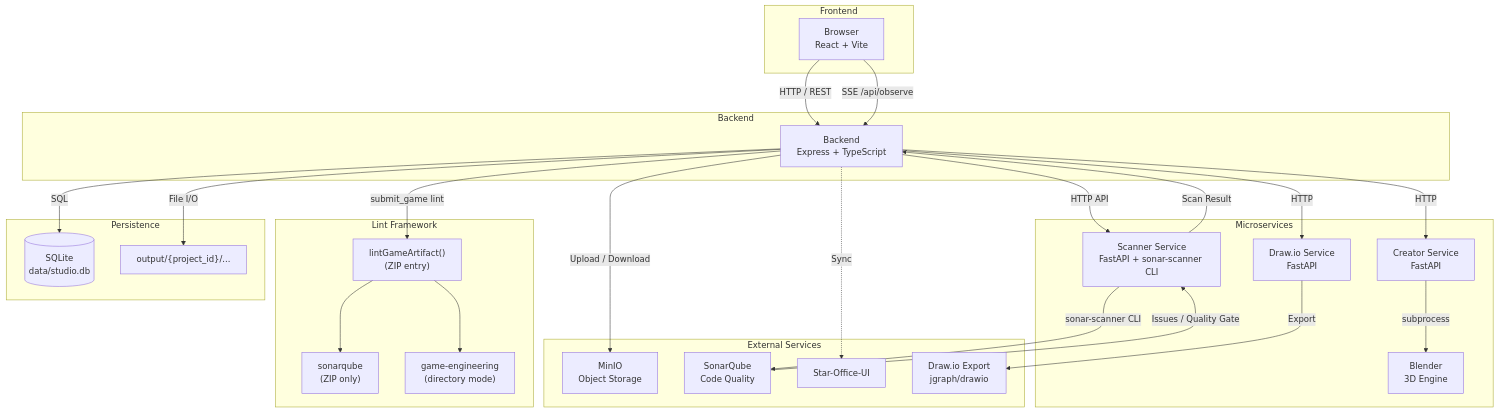
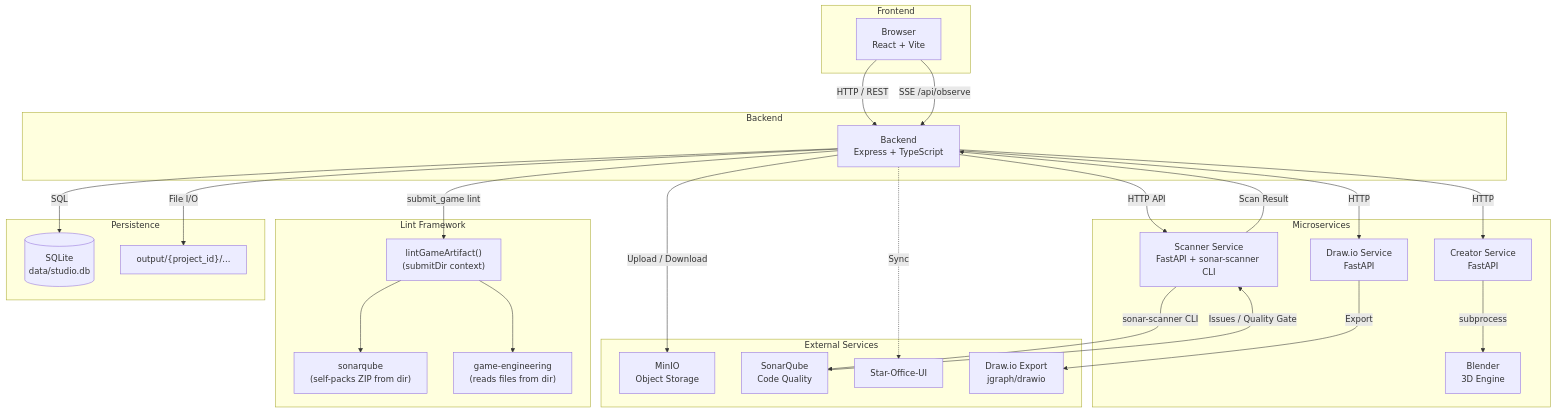
Before and after one commit to luoxiaojun1992/game-studio: the diagram in docs/ARCHITECTURE.md, drawn with Mermaid. The commit also changed 1 other file, not shown here.

Commit message:
docs: update mermaid diagram labels for submitDir mode
- LintRunner: 'ZIP entry' → 'submitDir context'
- SonarQube: 'ZIP only' → 'self-packs ZIP from dir'
- GameEngineering: adjusted for consistency

````diff
--- a/docs/ARCHITECTURE.md
+++ b/docs/ARCHITECTURE.md
@@ -18,56 +18,56 @@
 ```mermaid
 graph TB
     subgraph "Frontend"
         Browser["Browser<br/>React + Vite"]
     end
 
     subgraph "Backend"
         BE["Backend<br/>Express + TypeScript"]
     end
 
     subgraph "Lint Framework"
-        LintRunner["lintGameArtifact()<br/>(ZIP entry)"]
-        SonarChecker["sonarqube<br/>(ZIP only)"]
-        GameEngChecker["game-engineering<br/>(directory mode)"]
+        LintRunner["lintGameArtifact()<br/>(submitDir context)"]
+        SonarChecker["sonarqube<br/>(self-packs ZIP from dir)"]
+        GameEngChecker["game-engineering<br/>(reads files from dir)"]
     end
 
     subgraph "External Services"
         MinIO["MinIO<br/>Object Storage"]
         Sonar["SonarQube<br/>Code Quality"]
         StarOffice["Star-Office-UI"]
         DrawioExport["Draw.io Export<br/>jgraph/drawio"]
     end
 
     subgraph "Microservices"
         Creator["Creator Service<br/>FastAPI"]
         Blender["Blender<br/>3D Engine"]
         Drawio["Draw.io Service<br/>FastAPI"]
         Scanner["Scanner Service<br/>FastAPI + sonar-scanner CLI"]
     end
 
     subgraph "Persistence"
         SQLite[("SQLite<br/>data/studio.db")]
         Output["output/{project_id}/..."]
     end
 
     Browser -->|HTTP / REST| BE
     Browser -->|SSE /api/observe| BE
 
     BE -->|HTTP| Creator
     BE -->|HTTP| Drawio
     BE -->|Upload / Download| MinIO
     BE -->|SQL| SQLite
     BE -->|File I/O| Output
     BE -->|submit_game lint| LintRunner
     BE -->|HTTP API| Scanner
     BE -.->|Sync| StarOffice
     Creator -->|subprocess| Blender
     Drawio -->|Export| DrawioExport
 
     LintRunner --> SonarChecker
     LintRunner --> GameEngChecker
 
     Scanner -->|sonar-scanner CLI| Sonar
     Sonar -->|Issues / Quality Gate| Scanner
     Scanner -->|Scan Result| BE
 ```
````
